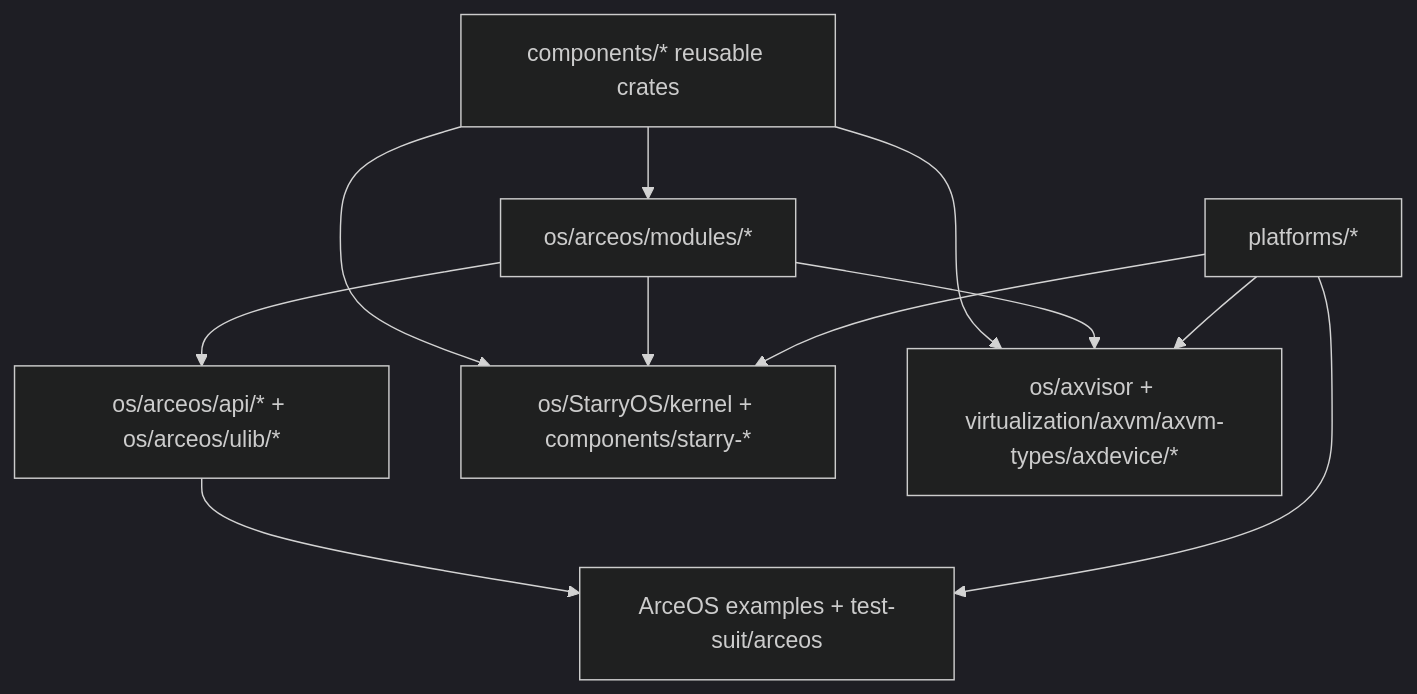
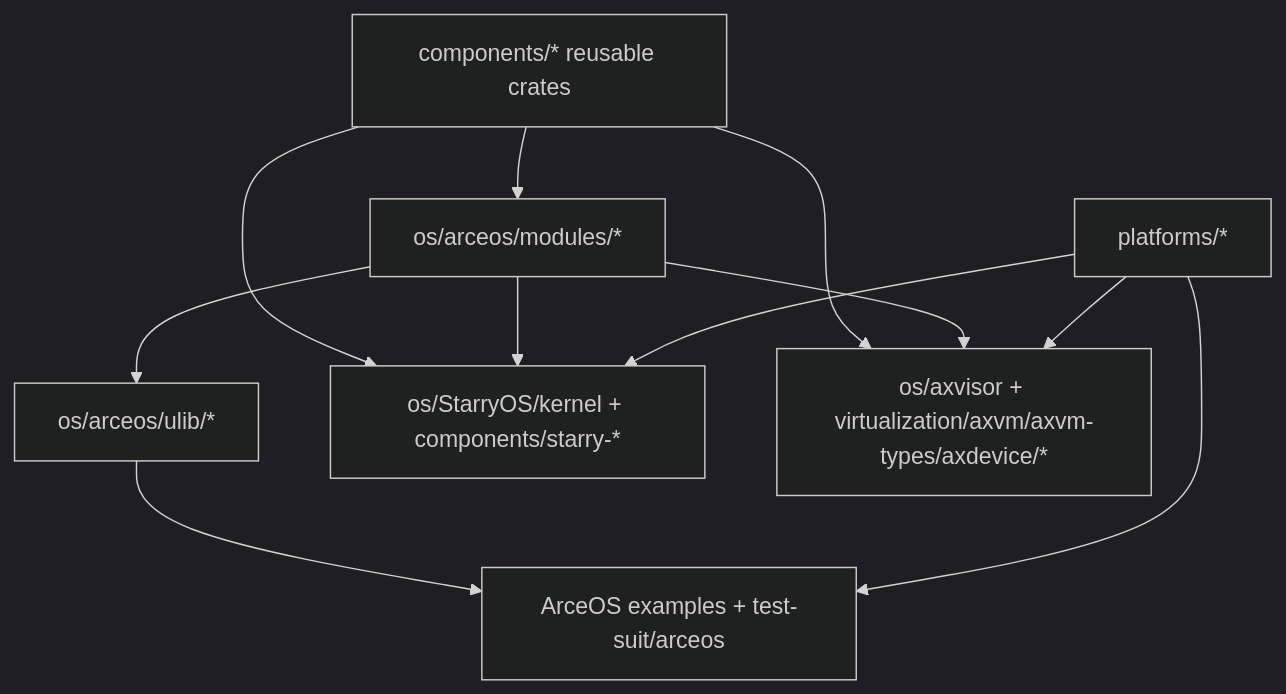
Before and after one commit to rcore-os/tgoskits: the diagram in docs/docs/development/components.md, drawn with Mermaid (dark theme). The commit also changed other lines of this file and 130 other files, not shown here.

Commit message:
Remove `ax-api` and `ax-posix-api` crates, making `axstd` and `axlibc` directly depend on ArceOS modules

````diff
--- a/docs/docs/development/components.md
+++ b/docs/docs/development/components.md
@@ -35,21 +34,21 @@
 ```mermaid
 flowchart TD
     ReusableCrate["components/* reusable crates"]
     ArceosModules["os/arceos/modules/*"]
-    ArceosApi["os/arceos/api/* + os/arceos/ulib/*"]
+    ArceosUserLib["os/arceos/ulib/*"]
     ArceosApps["ArceOS examples + test-suit/arceos"]
     StarryKernel["os/StarryOS/kernel + components/starry-*"]
     AxvisorRuntime["os/axvisor + virtualization/axvm/axvm-types/axdevice/*"]
     PlatformCrates["platforms/*"]
 
     ReusableCrate --> ArceosModules
-    ArceosModules --> ArceosApi
-    ArceosApi --> ArceosApps
+    ArceosModules --> ArceosUserLib
+    ArceosUserLib --> ArceosApps
     ReusableCrate --> StarryKernel
     ArceosModules --> StarryKernel
     ReusableCrate --> AxvisorRuntime
     ArceosModules --> AxvisorRuntime
     PlatformCrates --> ArceosApps
     PlatformCrates --> StarryKernel
     PlatformCrates --> AxvisorRuntime
 ```
````
